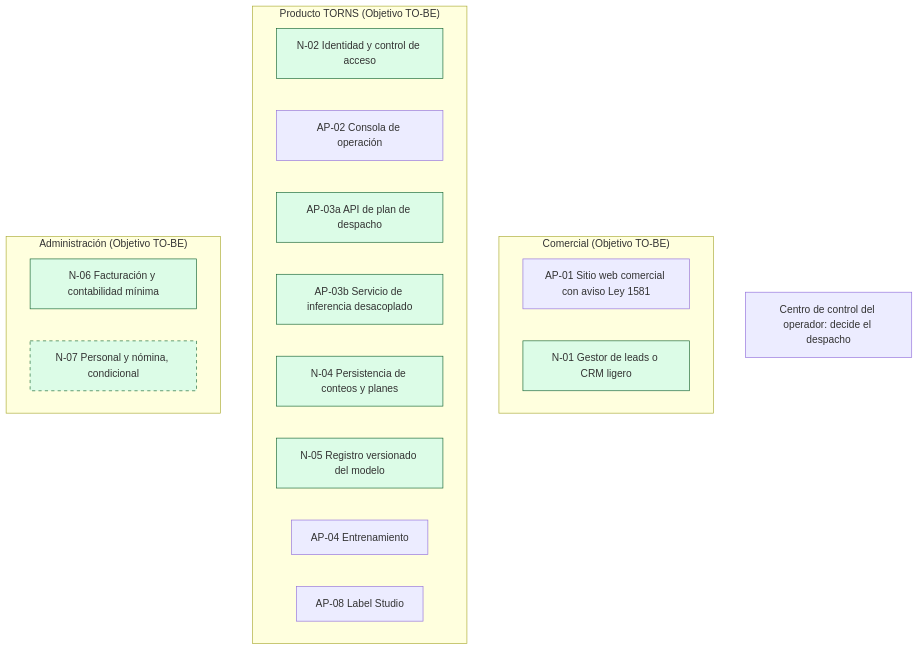
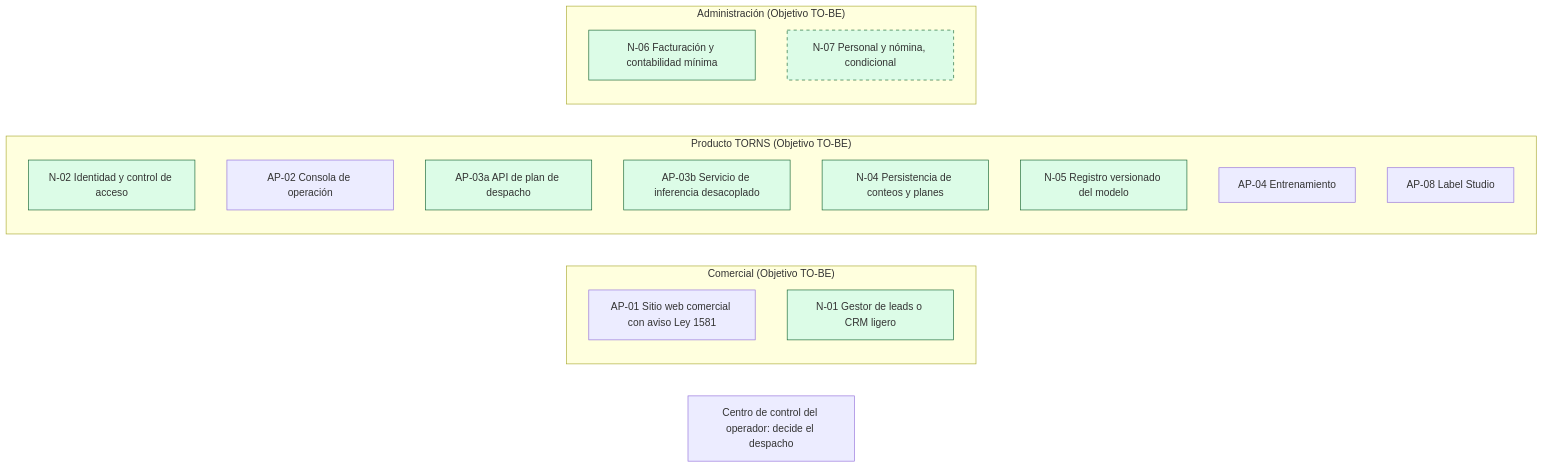
One commit to 5arSanti/tro-launcher changed the diagram in docs/ae-final-project/ondas/M3-aplicaciones/diagramas/E6c-contexto-to-be.mmd. Above: the diagram before and after it, drawn with Mermaid. The commit also changed 2 other files, not shown here.

```diff
--- a/docs/ae-final-project/ondas/M3-aplicaciones/diagramas/E6c-contexto-to-be.mmd
+++ b/docs/ae-final-project/ondas/M3-aplicaciones/diagramas/E6c-contexto-to-be.mmd
@@ -1,24 +1,27 @@
-flowchart TB
+flowchart LR
   subgraph Comercial["Comercial (Objetivo TO-BE)"]
+    direction TB
     AP01[AP-01 Sitio web comercial con aviso Ley 1581]
     N01[N-01 Gestor de leads o CRM ligero]
   end
   subgraph Producto["Producto TORNS (Objetivo TO-BE)"]
+    direction TB
     N02[N-02 Identidad y control de acceso]
     AP02[AP-02 Consola de operación]
     AP03[AP-03a API de plan de despacho]
     N03[AP-03b Servicio de inferencia desacoplado]
     N04[N-04 Persistencia de conteos y planes]
     N05[N-05 Registro versionado del modelo]
     AP04[AP-04 Entrenamiento]
     AP08[AP-08 Label Studio]
   end
   subgraph Admin["Administración (Objetivo TO-BE)"]
+    direction TB
     N06[N-06 Facturación y contabilidad mínima]
     N07[N-07 Personal y nómina, condicional]
   end
   CC[Centro de control del operador: decide el despacho]
   classDef tobe fill:#dcfce7,stroke:#166534;
   class AP03,N01,N02,N03,N04,N05,N06 tobe;
   classDef cond fill:#dcfce7,stroke:#166534,stroke-dasharray: 5 5;
   class N07 cond;
```
